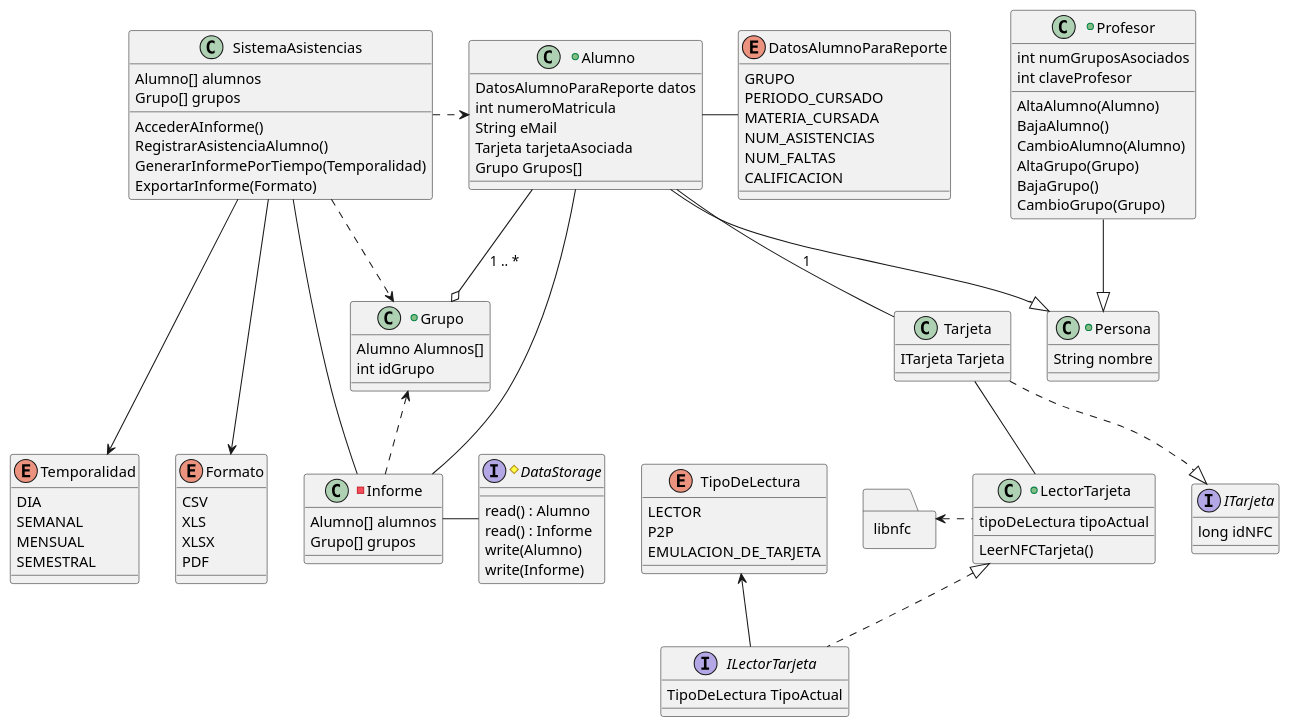
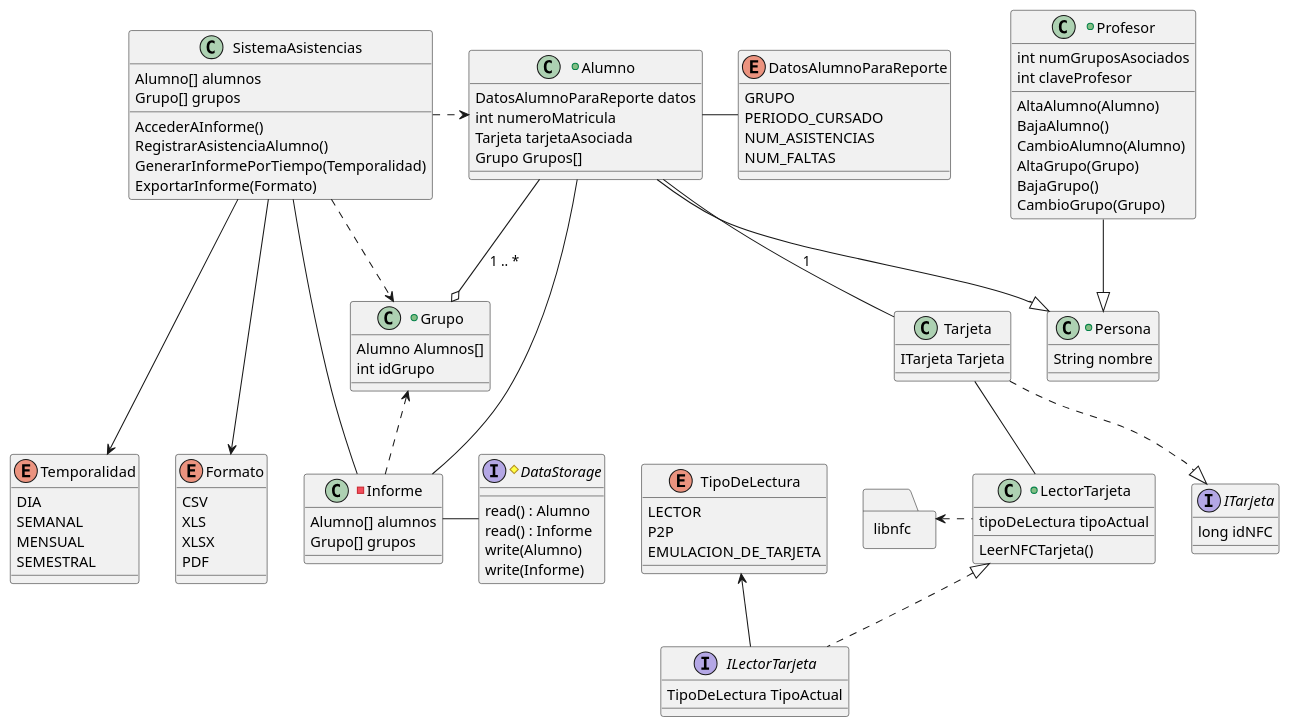
The diagram in Diseño/Diseño/3.Diagrama de clases/diagramaClases.puml (GirTabAleph/ProyectoSistemas), drawn with PlantUML before and after one commit.

```diff
--- a/Diseño/Diseño/3.Diagrama de clases/diagramaClases.puml
+++ b/Diseño/Diseño/3.Diagrama de clases/diagramaClases.puml
@@ -1,186 +1,183 @@
 @startuml
 'Este archivo contiene en texto plano el código necesario para generar el diagrama de clases del sistema.
 
 
 'Modificaciones: Se incluyó a libnfc dentro del diagrama.
 
 'Un módulo para raspberry pi tiene estos tres modos. Los tomaremos como referencia.
 enum TipoDeLectura{
 
 LECTOR
 P2P
 EMULACION_DE_TARJETA
 
 }
 
 enum Temporalidad{
 DIA
 SEMANAL
 MENSUAL
 SEMESTRAL
 }
 
 enum Formato{
 CSV
 XLS
 XLSX
 PDF
 
 }
 
 enum DatosAlumnoParaReporte{
 
 GRUPO
 PERIODO_CURSADO
-MATERIA_CURSADA
 NUM_ASISTENCIAS
 NUM_FALTAS
-CALIFICACION
 
 }
 
 interface ILectorTarjeta{
 
 TipoDeLectura TipoActual
 
 }
 
 interface ITarjeta{
 
 long idNFC
 
 }
 
 'Dado que libnfc es una biblioteca ya existente, el paquete es el mejor elemento que se le ajusta.
 'Para efectos prácticos basta con dejar solo el nombre de la biblioteca.
 package libnfc <<folder>>{
 
 
 }
 
 'Esta clase técnicamente es protegida porque solo ciertas clases pueden acceder a ella, no todas las clases deben accederla.
 class Tarjeta{ 
 
 ITarjeta Tarjeta
 
 
 }
 
 #interface DataStorage{
 
 'Toda esta interfaz es únicamente de métodos.
 read() : Alumno
 read() : Informe
 write(Alumno)
 write(Informe)
 
 }
 
 
 
 +class LectorTarjeta{
 
 tipoDeLectura tipoActual
 
 'Métodos.
 LeerNFCTarjeta()
 
 }
 
 +class Persona{
 
 String nombre
 
 }
 
 +class Alumno{
 
 DatosAlumnoParaReporte datos
 int numeroMatricula
-String eMail
 Tarjeta tarjetaAsociada
 Grupo Grupos[]
 
 'Métodos.
 
 
 } 
 
 +class Profesor{
 
 int numGruposAsociados
 int claveProfesor
 
 'Métodos.
 AltaAlumno(Alumno)
 BajaAlumno()
 CambioAlumno(Alumno)
 AltaGrupo(Grupo)
 BajaGrupo()
 CambioGrupo(Grupo)
 
 }
 
 +class Grupo{
 
 Alumno Alumnos[]
 int idGrupo
 
 }
 
 class SistemaAsistencias{
 
 Alumno[] alumnos
 Grupo[] grupos
 
 'Métodos.
 AccederAInforme()
 RegistrarAsistenciaAlumno()
 GenerarInformePorTiempo(Temporalidad)
 ExportarInforme(Formato)
 
 }
 
 'Privado porque solo el profesor interactúa con él.
 -class Informe{
 
 Alumno[] alumnos
 Grupo[] grupos
 
 
 }
 
 'Relaciones.
 TipoDeLectura <-- ILectorTarjeta
 
 Tarjeta ..|> ITarjeta
 LectorTarjeta <|.. ILectorTarjeta
 
 
 'Para este sistema un alumno solo puede tener una tarjeta a menos que deba hacer el reemplazo.
 Alumno -- Tarjeta: 1
 
 Alumno - DatosAlumnoParaReporte
 
 Tarjeta -- LectorTarjeta
 
 Profesor --|> Persona
 Alumno --|> Persona
 
 'Un cambio en la clase grupo afecta a la clase reporte, por eso es una dependencia.
 Grupo <.. Informe
 
 Alumno --o Grupo: 1 .. *
 
 libnfc <. LectorTarjeta
 
 SistemaAsistencias ---> Temporalidad
 SistemaAsistencias ---> Formato
 
 SistemaAsistencias .> Alumno
 SistemaAsistencias .> Grupo
 SistemaAsistencias -- Informe
 
 Informe - DataStorage
 Informe - Alumno
 @enduml
```
